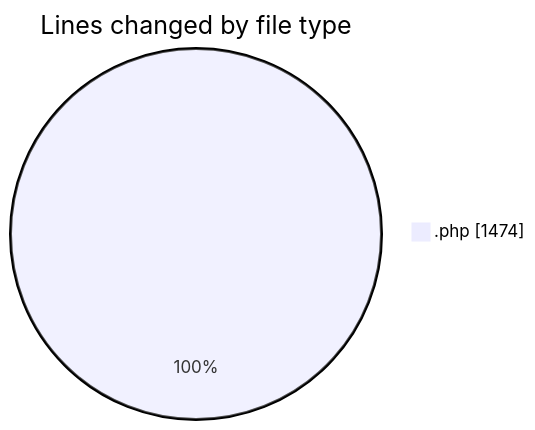
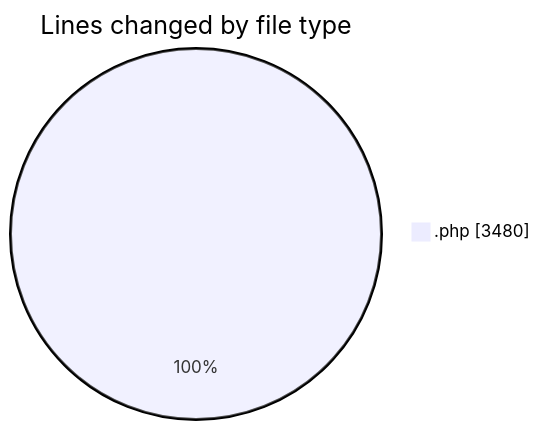
The first of 2 diagrams in 2026-01-16/enfold-child/README.md (debugP/code-tracking), drawn with Mermaid before and after one commit. The commit also changed other lines of this file and 1 other file, not shown here.

````diff
--- a/2026-01-16/enfold-child/README.md
+++ b/2026-01-16/enfold-child/README.md
@@ -20,5 +21,5 @@
 ```mermaid
 pie showData
 title Lines changed by file type
-".php" : 1474
+".php" : 3480
 ```
````
